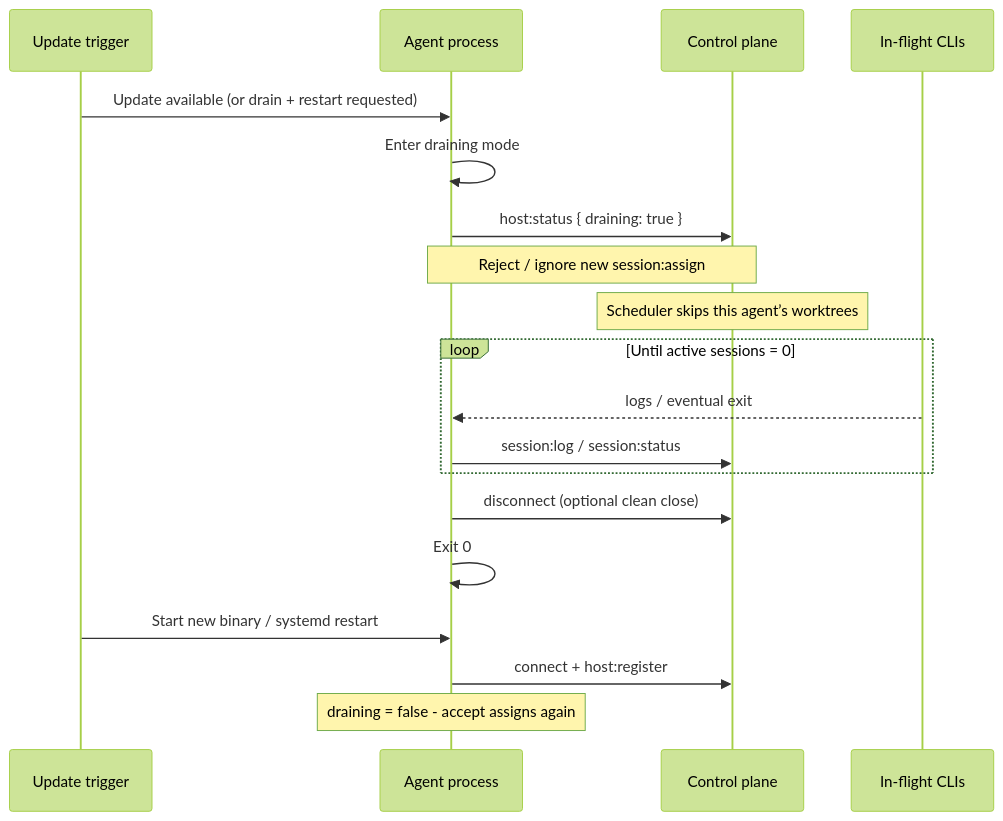
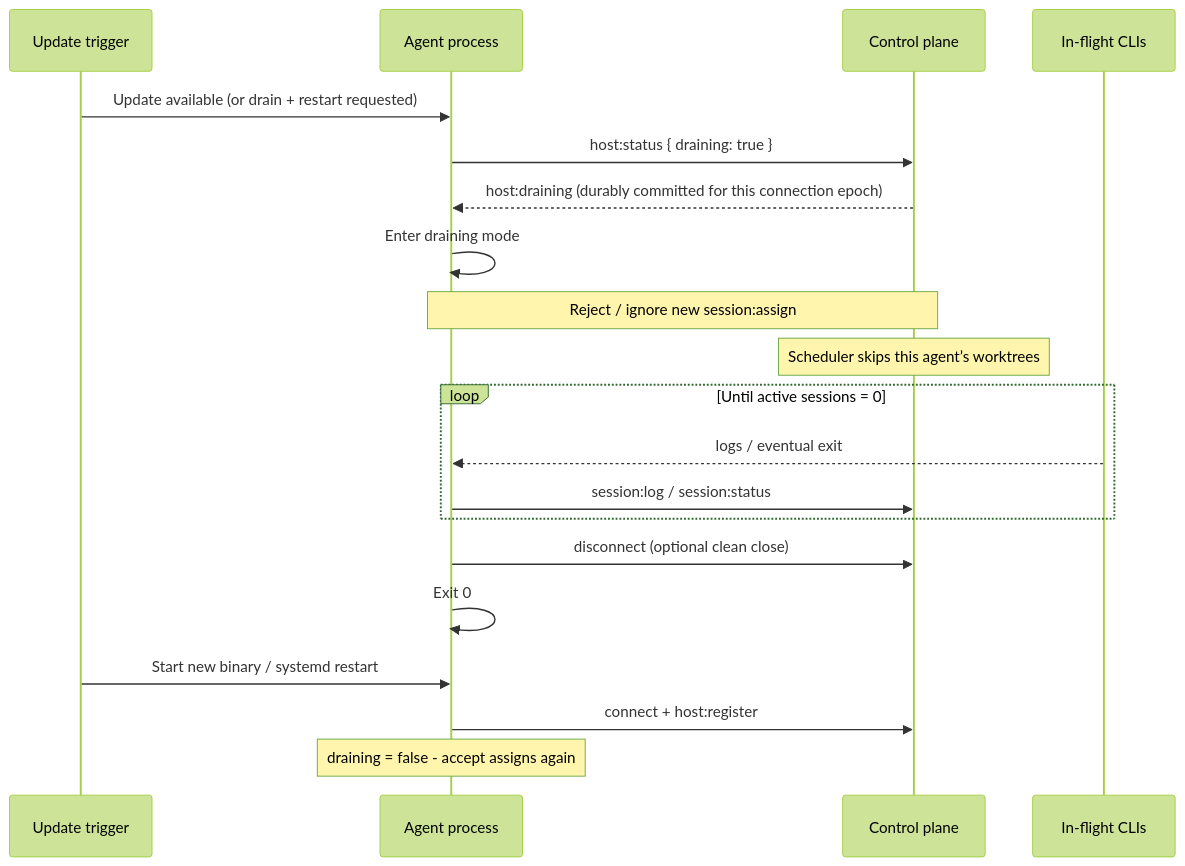
The fifth of 5 diagrams in docs/host-daemon.md (jonathanong/auto-harness), drawn with Mermaid (forest theme) before and after one commit. The commit also changed other lines of this file and 17 other files, not shown here.

````diff
--- a/docs/host-daemon.md
+++ b/docs/host-daemon.md
@@ -493,24 +493,25 @@
 ```mermaid
 sequenceDiagram
     participant Updater as Update trigger
     participant Agent as Agent process
     participant AWS as Control plane
     participant CLI as In-flight CLIs
 
     Updater->>Agent: Update available (or drain + restart requested)
+    Agent->>AWS: host:status { draining: true }
+    AWS-->>Agent: host:draining (durably committed for this connection epoch)
     Agent->>Agent: Enter draining mode
-    Agent->>AWS: host:status { draining: true }
     Note over Agent,AWS: Reject / ignore new session:assign
     Note over AWS: Scheduler skips this agent’s worktrees
 
     loop Until active sessions = 0
         CLI-->>Agent: logs / eventual exit
         Agent->>AWS: session:log / session:status
     end
 
     Agent->>AWS: disconnect (optional clean close)
     Agent->>Agent: Exit 0
     Updater->>Agent: Start new binary / systemd restart
     Agent->>AWS: connect + host:register
     Note over Agent: draining = false - accept assigns again
 ```
````
